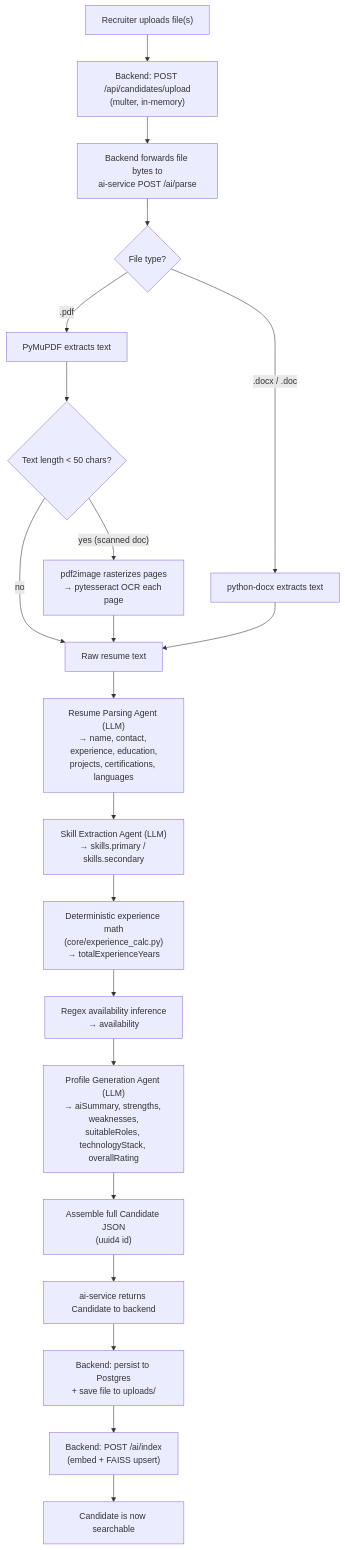
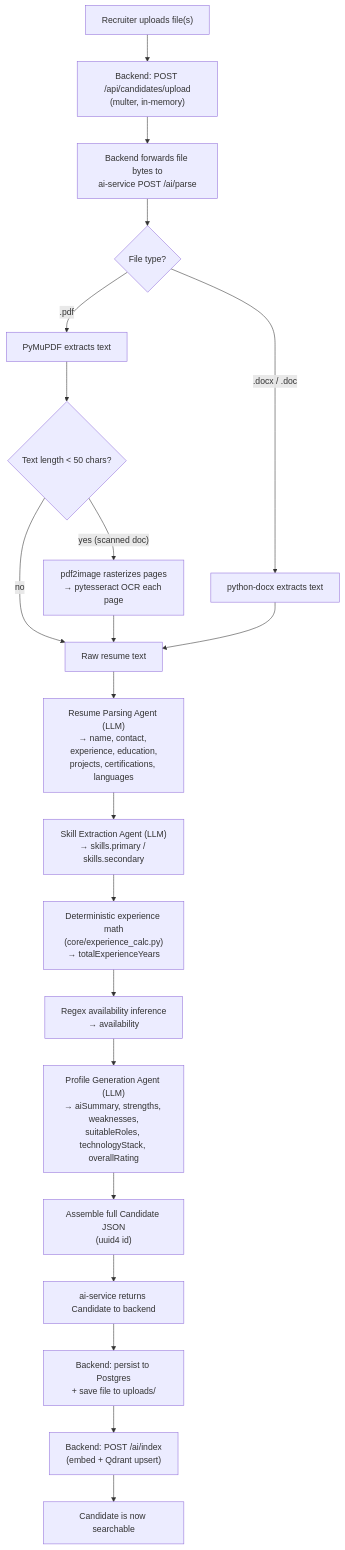
The second of 4 diagrams in README.md (Faadil747/RAG-Chatbot), drawn with Mermaid before and after one commit. The commit also changed other lines of this file and 1208 other files, not shown here.

````diff
--- a/README.md
+++ b/README.md
@@ -204,22 +211,22 @@
 ```mermaid
 flowchart TD
     A["Recruiter uploads file(s)"] --> B["Backend: POST /api/candidates/upload<br/>(multer, in-memory)"]
     B --> C["Backend forwards file bytes to<br/>ai-service POST /ai/parse"]
     C --> D{"File type?"}
     D -- ".pdf" --> E["PyMuPDF extracts text"]
     E --> F{"Text length < 50 chars?"}
     F -- "yes (scanned doc)" --> G["pdf2image rasterizes pages<br/>→ pytesseract OCR each page"]
     F -- "no" --> H
     G --> H["Raw resume text"]
     D -- ".docx / .doc" --> I["python-docx extracts text"] --> H
     H --> J["Resume Parsing Agent (LLM)<br/>→ name, contact, experience, education,<br/>projects, certifications, languages"]
     J --> K["Skill Extraction Agent (LLM)<br/>→ skills.primary / skills.secondary"]
     K --> L["Deterministic experience math<br/>(core/experience_calc.py)<br/>→ totalExperienceYears"]
     L --> M["Regex availability inference<br/>→ availability"]
     M --> N["Profile Generation Agent (LLM)<br/>→ aiSummary, strengths, weaknesses,<br/>suitableRoles, technologyStack, overallRating"]
     N --> O["Assemble full Candidate JSON<br/>(uuid4 id)"]
     O --> P["ai-service returns Candidate to backend"]
     P --> Q["Backend: persist to Postgres<br/>+ save file to uploads/"]
-    Q --> R["Backend: POST /ai/index<br/>(embed + FAISS upsert)"]
+    Q --> R["Backend: POST /ai/index<br/>(embed + Qdrant upsert)"]
     R --> S["Candidate is now searchable"]
 ```
````
